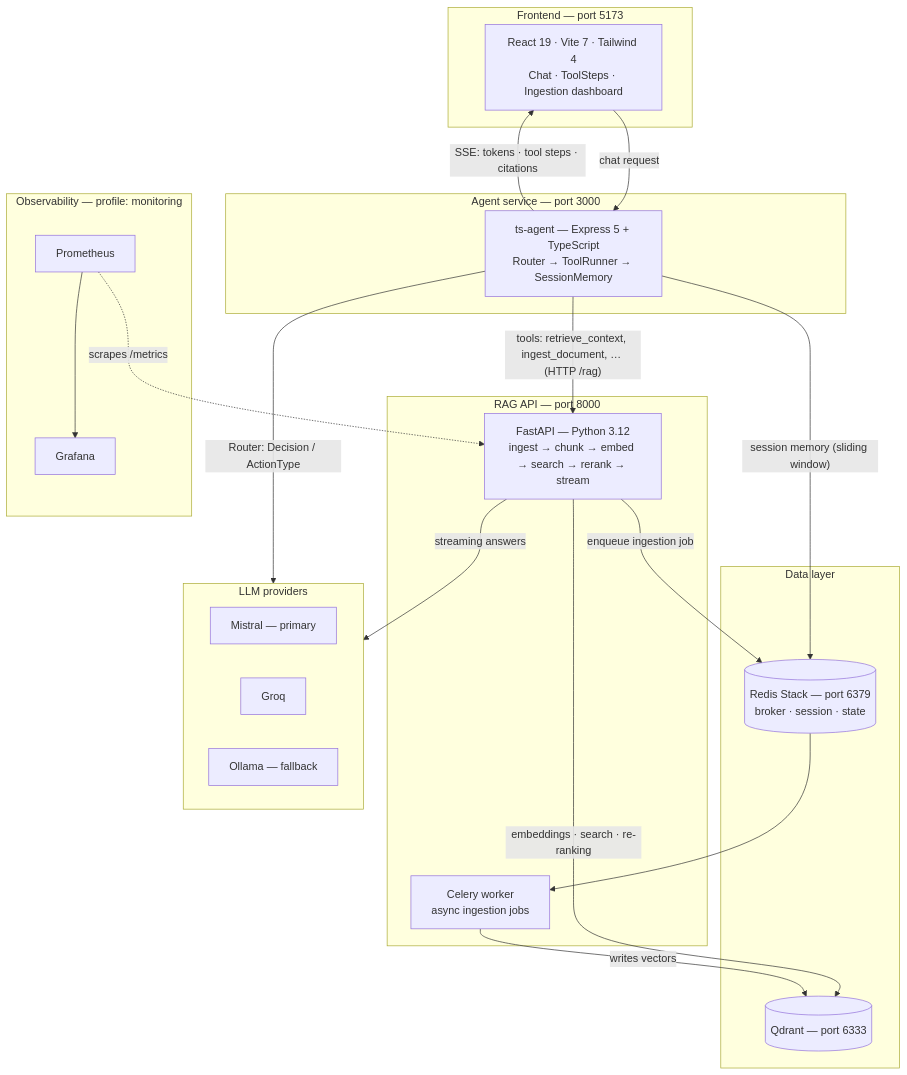
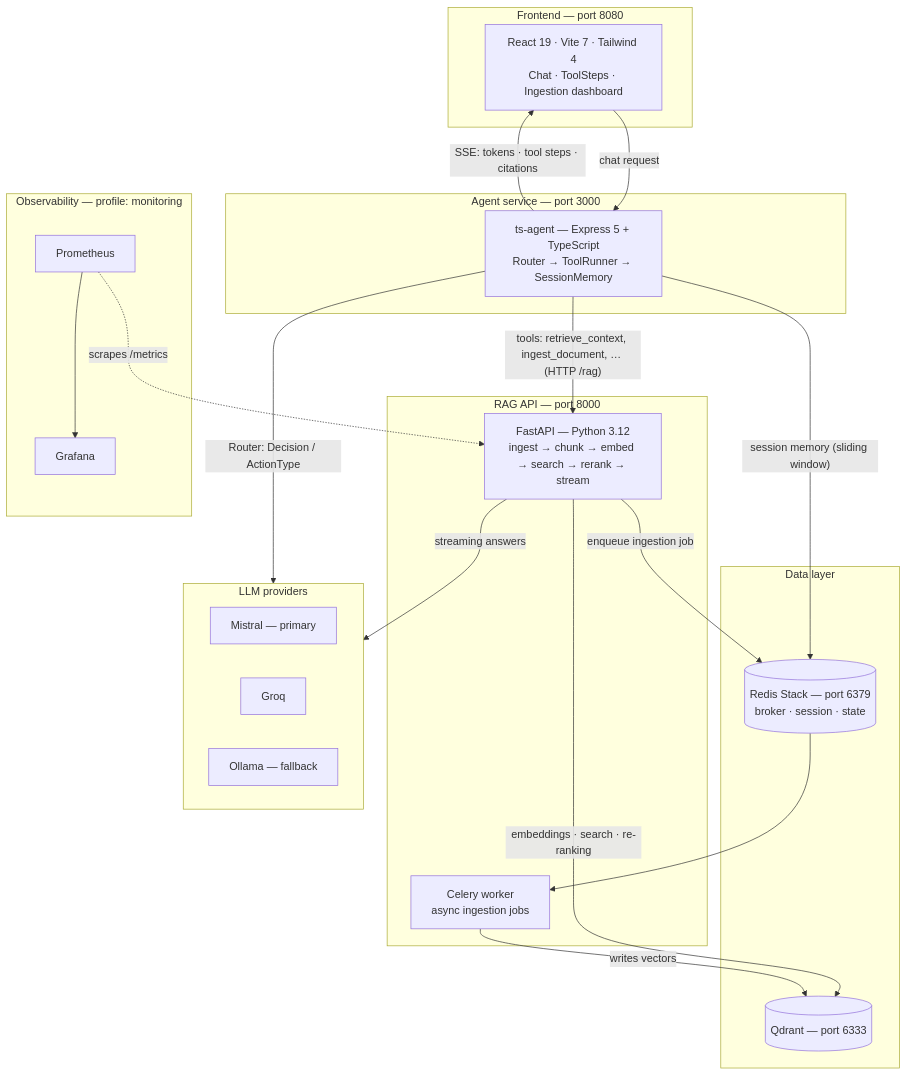
One commit to SrStamm/ai-toolkit-api changed the diagram in README.md. Above: the diagram before and after it, drawn with Mermaid. The commit also changed other lines of this file and 6 other files, not shown here.

First line of the commit message:
fix(agent): surface agent run failures and fix the frontend port mapping (#121)

````diff
--- a/README.md
+++ b/README.md
@@ -24,44 +24,44 @@
 ```mermaid
 graph TD
-    subgraph FRONT["Frontend — port 5173"]
+    subgraph FRONT["Frontend — port 8080"]
         FE["React 19 · Vite 7 · Tailwind 4<br/>Chat · ToolSteps · Ingestion dashboard"]
     end
 
     subgraph AGENTS["Agent service — port 3000"]
         AG["ts-agent — Express 5 + TypeScript<br/>Router → ToolRunner → SessionMemory"]
     end
 
     subgraph APIS["RAG API — port 8000"]
         API["FastAPI — Python 3.12<br/>ingest → chunk → embed → search → rerank → stream"]
         CEL["Celery worker<br/>async ingestion jobs"]
     end
 
     subgraph DATA["Data layer"]
         QD[("Qdrant — port 6333")]
         RD[("Redis Stack — port 6379<br/>broker · session · state")]
     end
 
     subgraph LLMS["LLM providers"]
         M["Mistral — primary"]
         G["Groq"]
         O["Ollama — fallback"]
     end
 
     subgraph OBS["Observability — profile: monitoring"]
         PROM["Prometheus"]
         GRAF["Grafana"]
     end
 
     FE -->|"chat request"| AG
     AG -->|"SSE: tokens · tool steps · citations"| FE
     AG -->|"tools: retrieve_context, ingest_document, … (HTTP /rag)"| API
     AG -->|"session memory (sliding window)"| RD
     AG -->|"Router: Decision / ActionType"| LLMS
     API -->|"embeddings · search · re-ranking"| QD
     API -->|"enqueue ingestion job"| RD
     RD --> CEL
     CEL -->|"writes vectors"| QD
     API -->|"streaming answers"| LLMS
     PROM -.->|"scrapes /metrics"| API
     PROM --> GRAF
 ```
````
